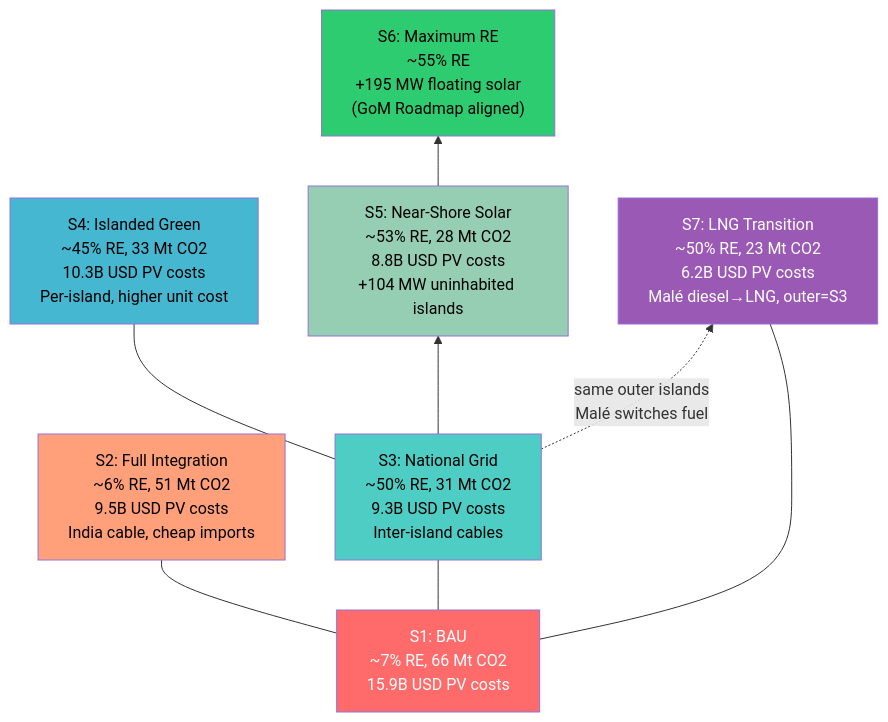
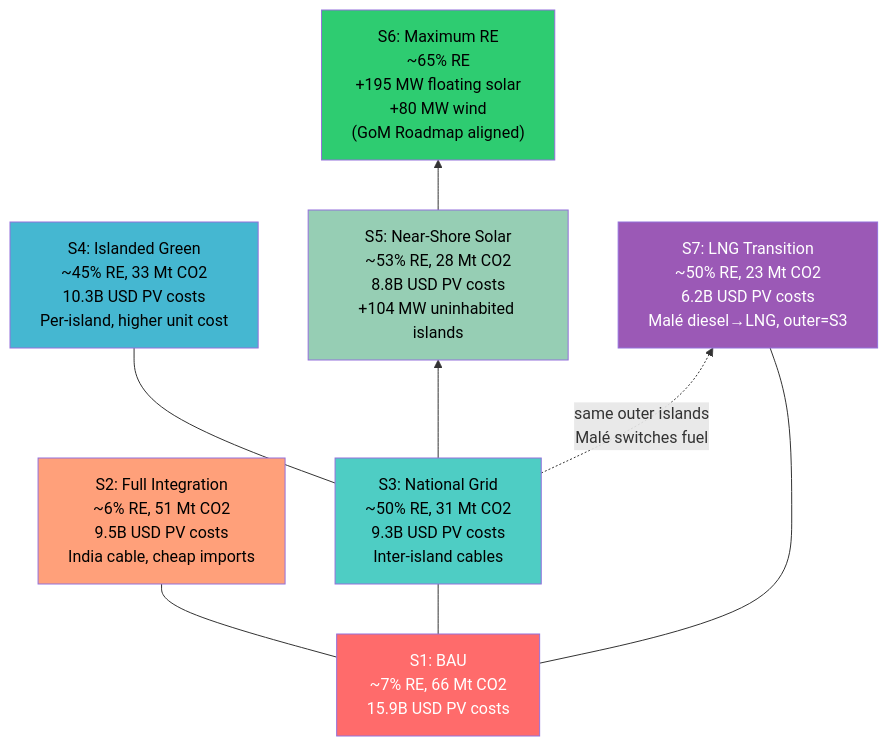
The seventh of 16 diagrams in Maldives/SCENARIO_GUIDE.md (lsempe77/CBA_Maldives), drawn with Mermaid before and after one commit. The commit also changed other lines of this file and 89 other files, not shown here.

````diff
--- a/Maldives/SCENARIO_GUIDE.md
+++ b/Maldives/SCENARIO_GUIDE.md
@@ -282,26 +283,26 @@
 ```mermaid
 flowchart BT
     S1["S1: BAU\n~7% RE, 66 Mt CO2\n15.9B USD PV costs"]
     S2["S2: Full Integration\n~6% RE, 51 Mt CO2\n9.5B USD PV costs\nIndia cable, cheap imports"]
     S3["S3: National Grid\n~50% RE, 31 Mt CO2\n9.3B USD PV costs\nInter-island cables"]
     S4["S4: Islanded Green\n~45% RE, 33 Mt CO2\n10.3B USD PV costs\nPer-island, higher unit cost"]
     S5["S5: Near-Shore Solar\n~53% RE, 28 Mt CO2\n8.8B USD PV costs\n+104 MW uninhabited islands"]
-    S6["S6: Maximum RE\n~55% RE\n+195 MW floating solar\n(GoM Roadmap aligned)"]
+    S6["S6: Maximum RE\n~65% RE\n+195 MW floating solar\n+80 MW wind\n(GoM Roadmap aligned)"]
     S7["S7: LNG Transition\n~50% RE, 23 Mt CO2\n6.2B USD PV costs\nMalé diesel→LNG, outer=S3"]
 
     S1 --- S2
     S1 --- S3
     S1 --- S7
     S3 --- S4
     S3 --> S5
     S5 --> S6
     S3 -.->|"same outer islands\nMalé switches fuel"| S7
 
     style S1 fill:#ff6b6b,color:#fff
     style S2 fill:#ffa07a,color:#000
     style S3 fill:#4ecdc4,color:#000
     style S4 fill:#45b7d1,color:#000
     style S5 fill:#96ceb4,color:#000
     style S6 fill:#2ecc71,color:#000
     style S7 fill:#9b59b6,color:#fff
 ```
````
